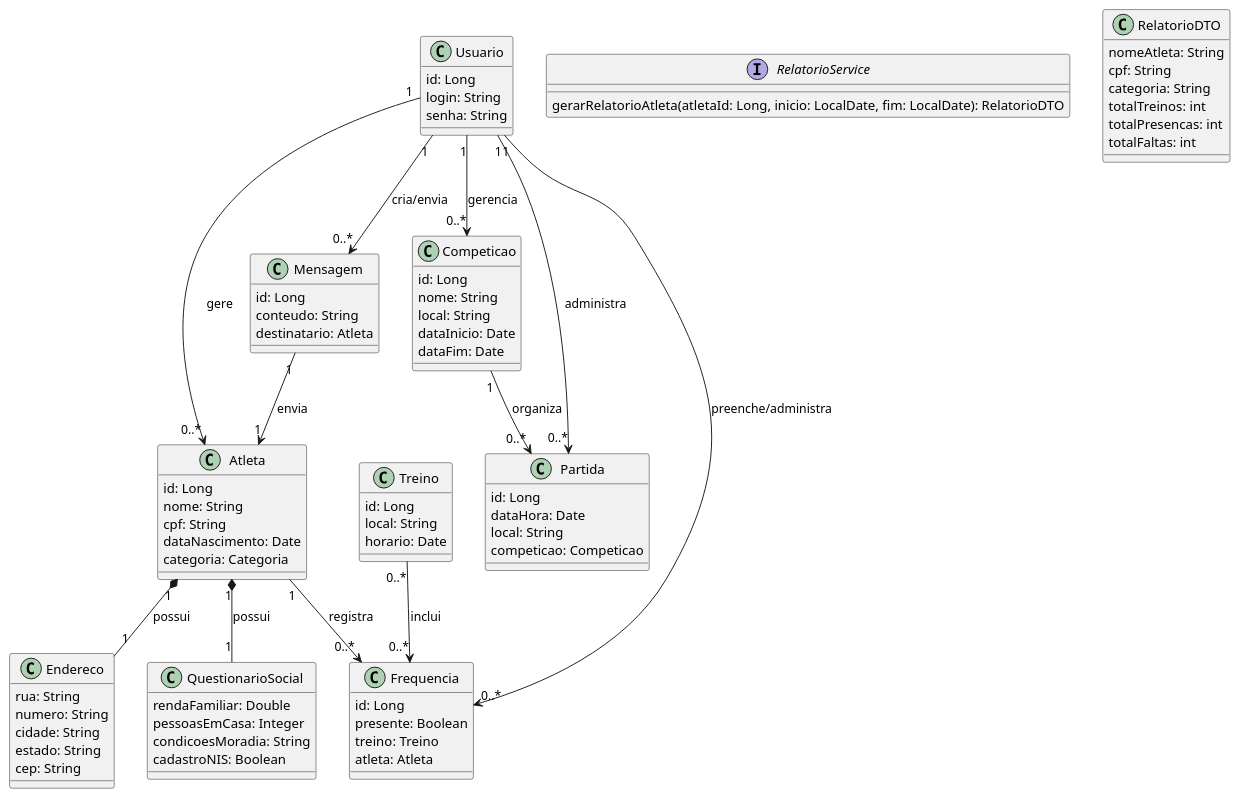
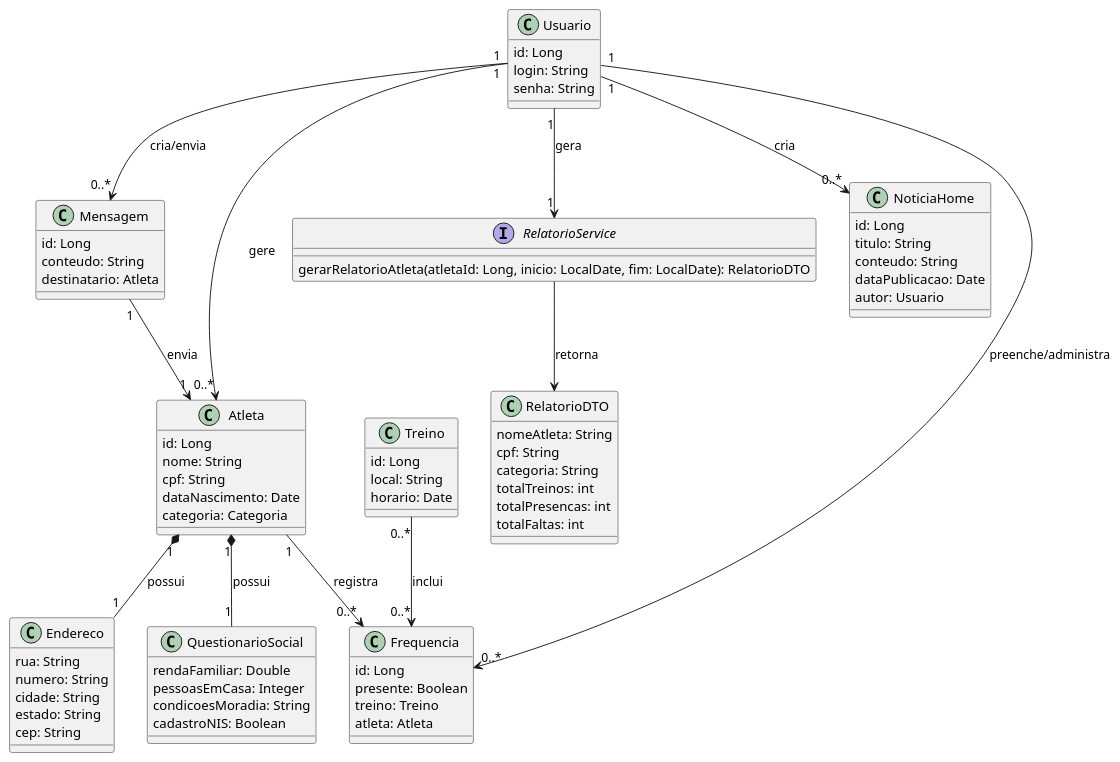
The diagram in handmaxx/src/main/resources/docs/diagrama.plantuml (danielmariae/handmaxx), drawn with PlantUML before and after one commit. The commit also changed 10 other files, not shown here.

Commit message:
criacao do home de noticias + adaptacao UML

```diff
--- a/handmaxx/src/main/resources/docs/diagrama.plantuml
+++ b/handmaxx/src/main/resources/docs/diagrama.plantuml
@@ -1,101 +1,94 @@
 @startuml SistemaDeGestaoAtletas
 
 ' Definição das classes principais
 
 class Usuario {
     id: Long
     login: String
     senha: String
 }
 
 class Atleta {
     id: Long
     nome: String
     cpf: String
     dataNascimento: Date
     categoria: Categoria
 }
 
 class Endereco {
     rua: String
     numero: String
     cidade: String
     estado: String
     cep: String
 }
 
 class QuestionarioSocial {
     rendaFamiliar: Double
     pessoasEmCasa: Integer
     condicoesMoradia: String
     cadastroNIS: Boolean
 }
 
 class Treino {
     id: Long
     local: String
     horario: Date
 }
 
 class Frequencia {
     id: Long
     presente: Boolean
     treino: Treino
     atleta: Atleta
 }
 
 class Mensagem {
     id: Long
     conteudo: String
     destinatario: Atleta
 }
 
-class Competicao {
+class NoticiaHome {
     id: Long
-    nome: String
-    local: String
-    dataInicio: Date
-    dataFim: Date
-}
-
-class Partida {
-    id: Long
-    dataHora: Date
-    local: String
-    competicao: Competicao
+    titulo: String
+    conteudo: String
+    dataPublicacao: Date
+    autor: Usuario
 }
 
 interface RelatorioService {
     gerarRelatorioAtleta(atletaId: Long, inicio: LocalDate, fim: LocalDate): RelatorioDTO
 }
 
 class RelatorioDTO {
     nomeAtleta: String
     cpf: String
     categoria: String
     totalTreinos: int
     totalPresencas: int
     totalFaltas: int
 }
 
 ' Relações principais
 
 Usuario "1" --> "0..*" Atleta : gere
 Atleta "1" *-- "1" Endereco : possui
 Atleta "1" *-- "1" QuestionarioSocial : possui
 
 Atleta "1" --> "0..*" Frequencia : registra
 Treino "0..*" --> "0..*" Frequencia : inclui
 
 Usuario "1" --> "0..*" Frequencia : preenche/administra
+Usuario "1" --> "0..*" NoticiaHome : cria
 
 Mensagem "1" --> "1" Atleta : envia
 Usuario "1" --> "0..*" Mensagem : cria/envia
 
-' Relações secundárias (Expansão futura)
+' Relacionamento para Relatório
 
-Competicao "1" --> "0..*" Partida : organiza
-Usuario "1" --> "0..*" Competicao : gerencia
-Usuario "1" --> "0..*" Partida : administra
+Usuario "1" --> "1" RelatorioService : gera
+RelatorioService --> RelatorioDTO : retorna
 
 @enduml
```
